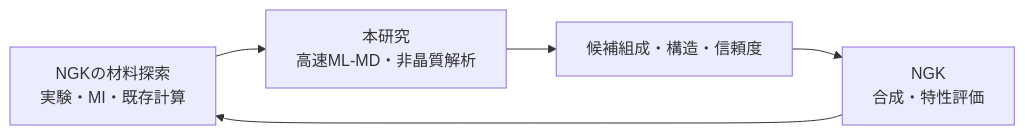
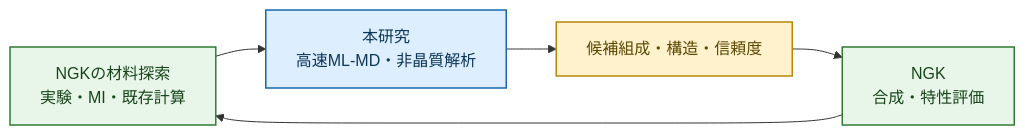
Before and after one commit to Long-Brian-Yang/li-research: the first of 6 diagrams in docs/presentations/pretrained_potential_screening_proposal_7min_ja.md, drawn with Mermaid. The commit also changed other lines of this file, not shown here.

Commit message:
Polish proposal workflows and decision architecture

````diff
--- a/docs/presentations/pretrained_potential_screening_proposal_7min_ja.md
+++ b/docs/presentations/pretrained_potential_screening_proposal_7min_ja.md
@@ -47,7 +58,14 @@
 ```mermaid
 flowchart LR
-    A[NGKの材料探索<br/>実験・MI・既存計算] --> B[本研究<br/>高速ML-MD・非晶質解析]
-    B --> C[候補組成・構造・信頼度]
-    C --> D[NGK<br/>合成・特性評価]
+    A["NGKの材料探索<br/>実験・MI・既存計算"] --> B["本研究<br/>高速ML-MD・非晶質解析"]
+    B --> C["候補組成・構造・信頼度"]
+    C --> D["NGK<br/>合成・特性評価"]
     D --> A
+
+    classDef company fill:#e8f5e9,stroke:#2e7d32,color:#17451a,stroke-width:1.5px;
+    classDef calc fill:#dceeff,stroke:#1769aa,color:#0d3557,stroke-width:1.5px;
+    classDef decision fill:#fff2cc,stroke:#b8860b,color:#5c4700,stroke-width:1.5px;
+    class A,D company;
+    class B calc;
+    class C decision;
 ```
````
